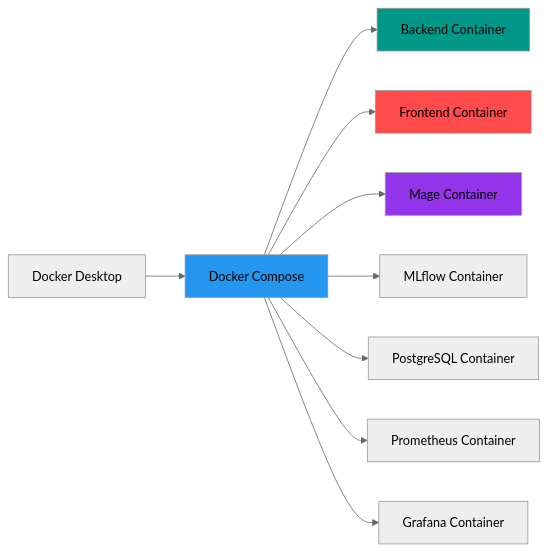
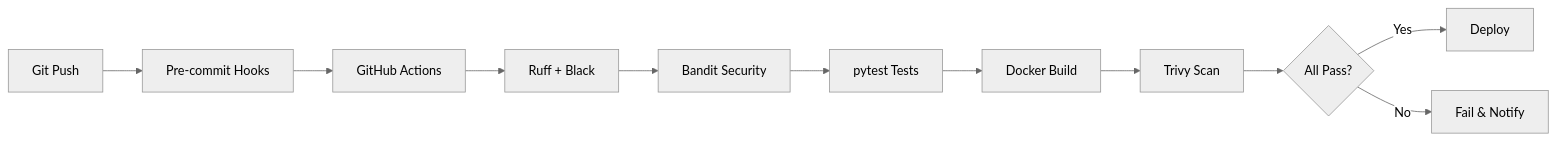
Before and after one commit to rynandasonduty/devmlops: the third of 19 diagrams in README.md, drawn with Mermaid (neutral theme). The commit also changed other lines of this file, not shown here.

Commit message:
Update Architecture Diagram Final on System Documentation

````diff
--- a/README.md
+++ b/README.md
@@ -425,16 +553,13 @@
 ```mermaid
 graph LR
-    A[Docker Desktop] --> B[Docker Compose]
-    B --> C[Backend Container]
-    B --> D[Frontend Container]
-    B --> E[Mage Container]
-    B --> F[MLflow Container]
-    B --> G[PostgreSQL Container]
-    B --> H[Prometheus Container]
-    B --> I[Grafana Container]
-
-    style B fill:#2496ed
-    style C fill:#009688
-    style D fill:#ff4b4b
-    style E fill:#9333ea
+    A[Git Push] --> B[Pre-commit Hooks]
+    B --> C[GitHub Actions]
+    C --> D[Ruff + Black]
+    D --> E[Bandit Security]
+    E --> F[pytest Tests]
+    F --> G[Docker Build]
+    G --> H[Trivy Scan]
+    H --> I{All Pass?}
+    I -->|Yes| J[Deploy]
+    I -->|No| K[Fail & Notify]
 ```
````
